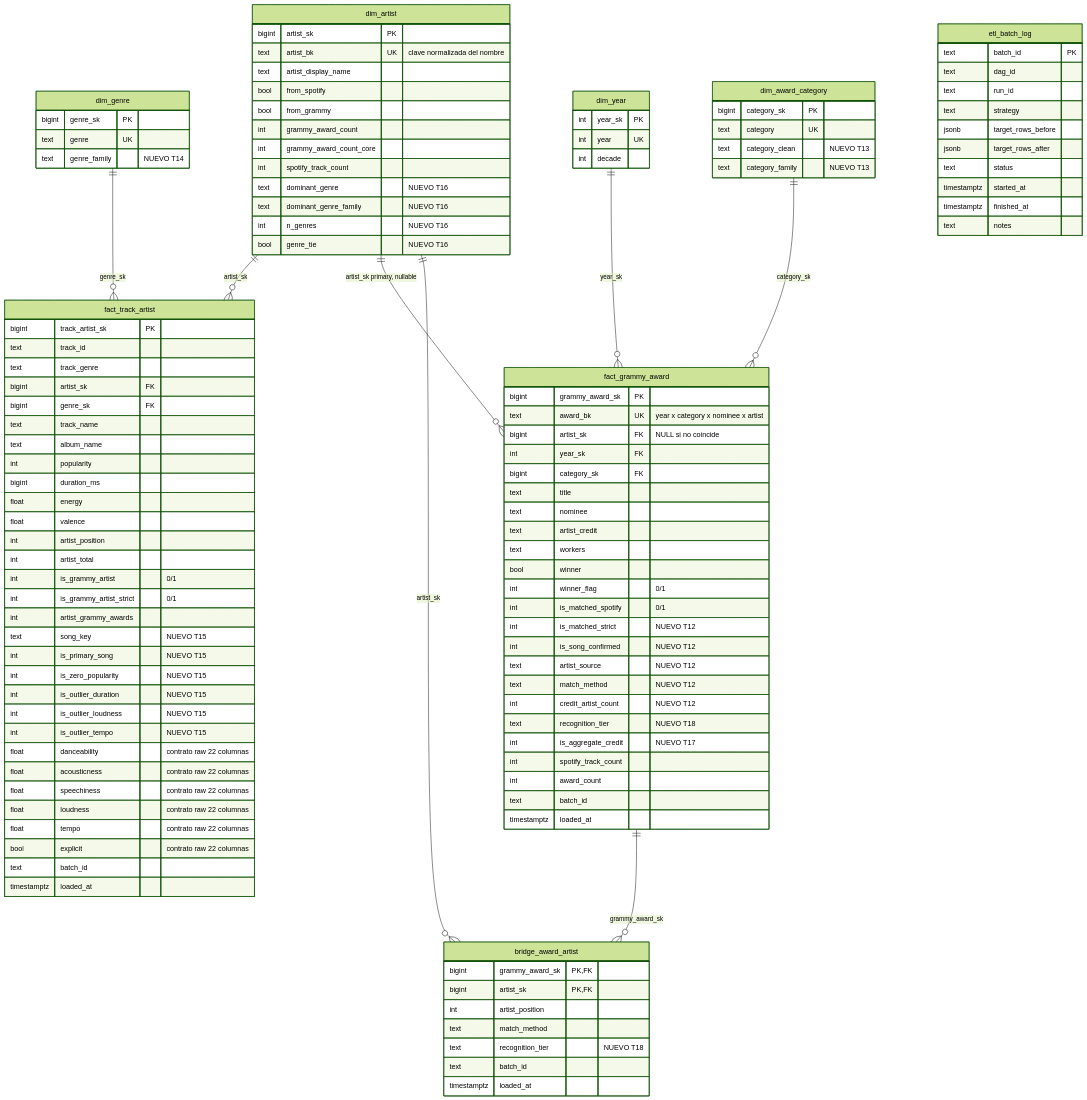
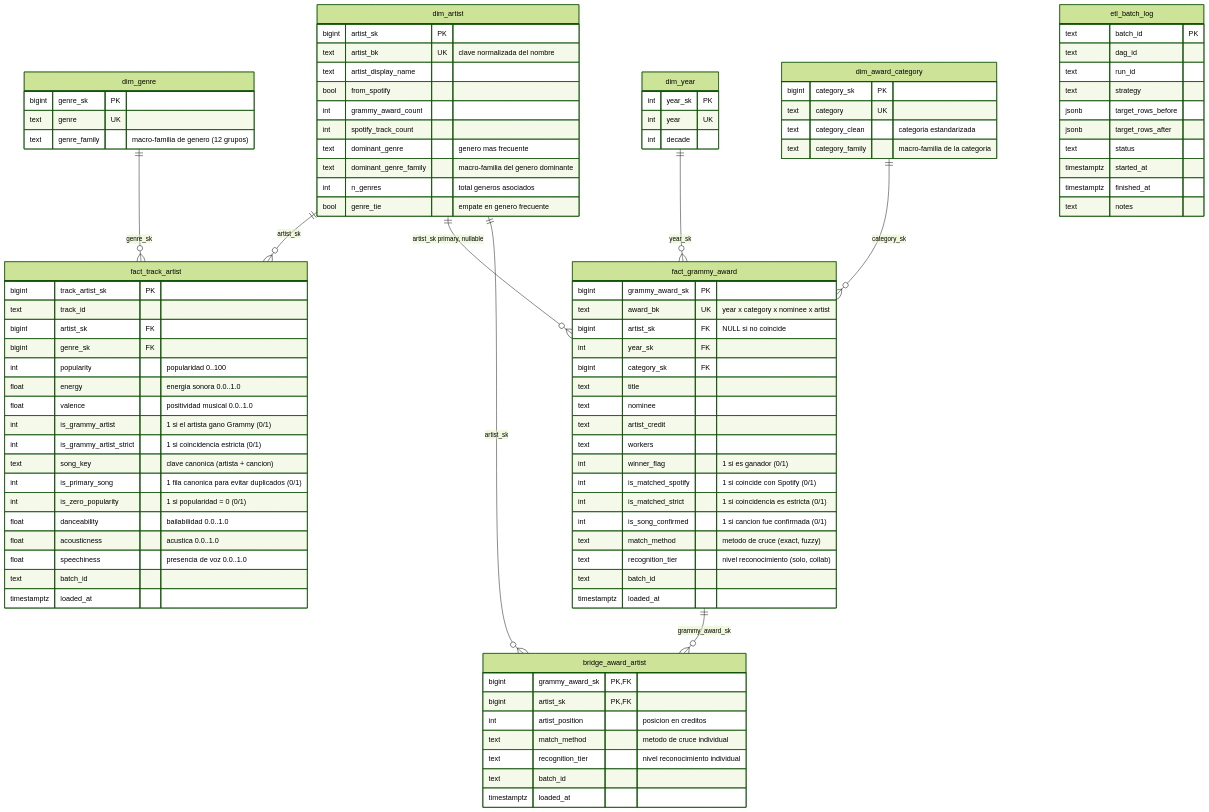
One commit to driosoft-pro/Workshop-2 changed the diagram in README_ES.md. Above: the diagram before and after it, drawn with Mermaid (forest theme). The commit also changed other lines of this file and 6 other files, not shown here.

Commit message:
docs(model): limpiar anotaciones del diagrama er y documentar auditoria dimensional

```diff
--- a/README_ES.md
+++ b/README_ES.md
@@ -228,19 +228,17 @@
         text artist_bk UK "clave normalizada del nombre"
         text artist_display_name
         bool from_spotify
-        bool from_grammy
         int grammy_award_count
-        int grammy_award_count_core
         int spotify_track_count
-        text dominant_genre "NUEVO T16"
-        text dominant_genre_family "NUEVO T16"
-        int n_genres "NUEVO T16"
-        bool genre_tie "NUEVO T16"
+        text dominant_genre "genero mas frecuente"
+        text dominant_genre_family "macro-familia del genero dominante"
+        int n_genres "total generos asociados"
+        bool genre_tie "empate en genero frecuente"
     }
     dim_genre {
         bigint genre_sk PK
         text genre UK
-        text genre_family "NUEVO T14"
+        text genre_family "macro-familia de genero (12 grupos)"
     }
     dim_year {
         int year_sk PK
@@ -250,38 +248,25 @@
     dim_award_category {
         bigint category_sk PK
         text category UK
-        text category_clean "NUEVO T13"
-        text category_family "NUEVO T13"
+        text category_clean "categoria estandarizada"
+        text category_family "macro-familia de la categoria"
     }
     fact_track_artist {
         bigint track_artist_sk PK
         text track_id
-        text track_genre
         bigint artist_sk FK
         bigint genre_sk FK
-        text track_name
-        text album_name
-        int popularity
-        bigint duration_ms
-        float energy
-        float valence
-        int artist_position
-        int artist_total
-        int is_grammy_artist "0/1"
-        int is_grammy_artist_strict "0/1"
-        int artist_grammy_awards
-        text song_key "NUEVO T15"
-        int is_primary_song "NUEVO T15"
-        int is_zero_popularity "NUEVO T15"
-        int is_outlier_duration "NUEVO T15"
-        int is_outlier_loudness "NUEVO T15"
-        int is_outlier_tempo "NUEVO T15"
-        float danceability "contrato raw 22 columnas"
-        float acousticness "contrato raw 22 columnas"
-        float speechiness "contrato raw 22 columnas"
-        float loudness "contrato raw 22 columnas"
-        float tempo "contrato raw 22 columnas"
-        bool explicit "contrato raw 22 columnas"
+        int popularity "popularidad 0..100"
+        float energy "energia sonora 0.0..1.0"
+        float valence "positividad musical 0.0..1.0"
+        int is_grammy_artist "1 si el artista gano Grammy (0/1)"
+        int is_grammy_artist_strict "1 si coincidencia estricta (0/1)"
+        text song_key "clave canonica (artista + cancion)"
+        int is_primary_song "1 fila canonica para evitar duplicados (0/1)"
+        int is_zero_popularity "1 si popularidad = 0 (0/1)"
+        float danceability "bailabilidad 0.0..1.0"
+        float acousticness "acustica 0.0..1.0"
+        float speechiness "presencia de voz 0.0..1.0"
         text batch_id
         timestamptz loaded_at
     }
@@ -295,27 +280,21 @@
         text nominee
         text artist_credit
         text workers
-        bool winner
-        int winner_flag "0/1"
-        int is_matched_spotify "0/1"
-        int is_matched_strict "NUEVO T12"
-        int is_song_confirmed "NUEVO T12"
-        text artist_source "NUEVO T12"
-        text match_method "NUEVO T12"
-        int credit_artist_count "NUEVO T12"
-        text recognition_tier "NUEVO T18"
-        int is_aggregate_credit "NUEVO T17"
-        int spotify_track_count
-        int award_count
+        int winner_flag "1 si es ganador (0/1)"
+        int is_matched_spotify "1 si coincide con Spotify (0/1)"
+        int is_matched_strict "1 si coincidencia es estricta (0/1)"
+        int is_song_confirmed "1 si cancion fue confirmada (0/1)"
+        text match_method "metodo de cruce (exact, fuzzy)"
+        text recognition_tier "nivel reconocimiento (solo, collab)"
         text batch_id
         timestamptz loaded_at
     }
     bridge_award_artist {
         bigint grammy_award_sk PK,FK
         bigint artist_sk PK,FK
-        int artist_position
-        text match_method
-        text recognition_tier "NUEVO T18"
+        int artist_position "posicion en creditos"
+        text match_method "metodo de cruce individual"
+        text recognition_tier "nivel reconocimiento individual"
         text batch_id
         timestamptz loaded_at
     }
```
